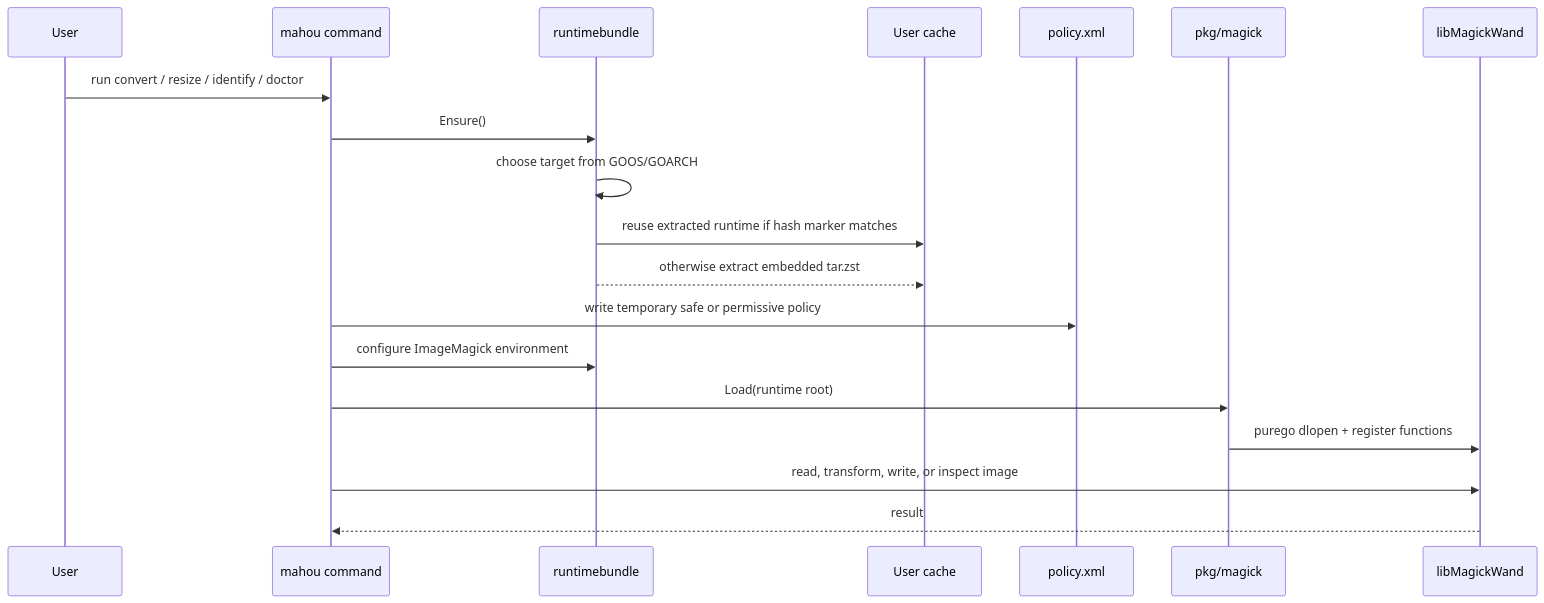
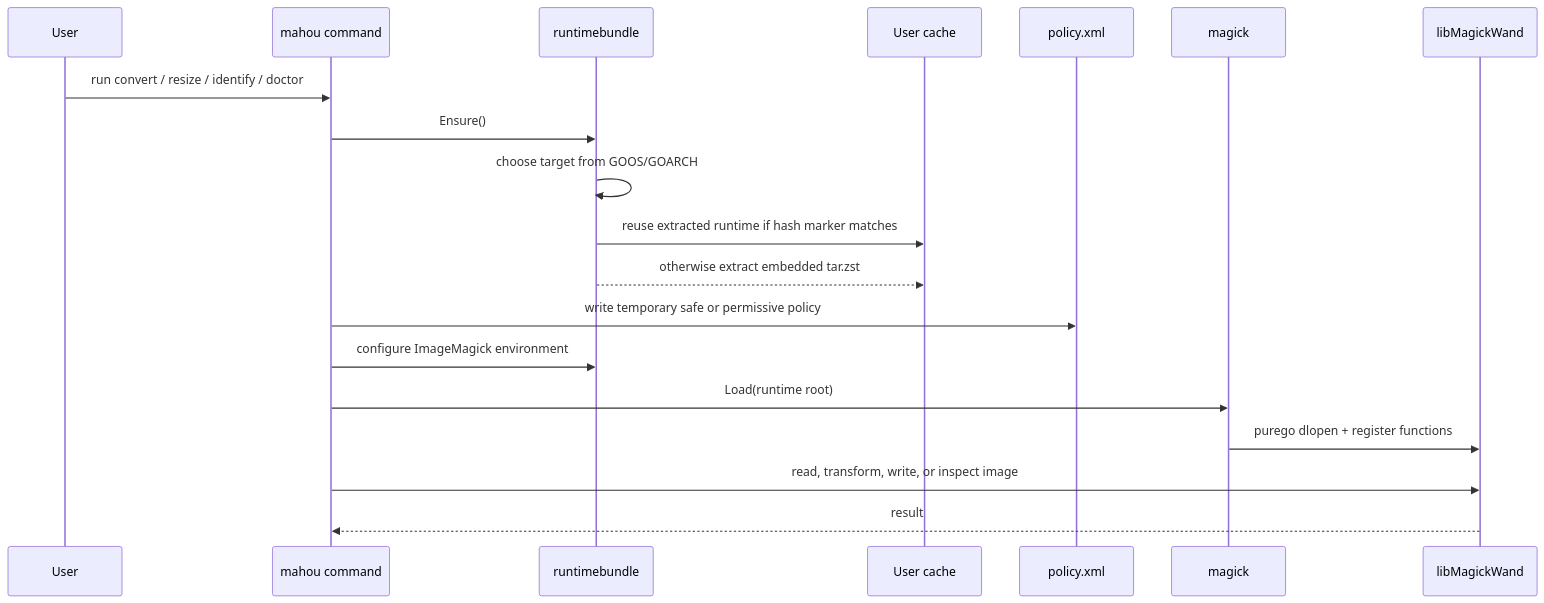
One commit to yashikota/mahou changed the second of 2 diagrams in README.ja.md. Above: the diagram before and after it, drawn with Mermaid. The commit also changed other lines of this file and 27 other files, not shown here.

````diff
--- a/README.ja.md
+++ b/README.ja.md
@@ -119,22 +119,22 @@
 ```mermaid
 sequenceDiagram
     participant User
     participant CLI as mahou command
     participant Bundle as runtimebundle
     participant Cache as User cache
     participant Policy as policy.xml
-    participant Magick as pkg/magick
+    participant Magick as magick
     participant Wand as libMagickWand
 
     User->>CLI: run convert / resize / identify / doctor
     CLI->>Bundle: Ensure()
     Bundle->>Bundle: choose target from GOOS/GOARCH
     Bundle->>Cache: reuse extracted runtime if hash marker matches
     Bundle-->>Cache: otherwise extract embedded tar.zst
     CLI->>Policy: write temporary safe or permissive policy
     CLI->>Bundle: configure ImageMagick environment
     CLI->>Magick: Load(runtime root)
     Magick->>Wand: purego dlopen + register functions
     CLI->>Wand: read, transform, write, or inspect image
     Wand-->>CLI: result
 ```
````
